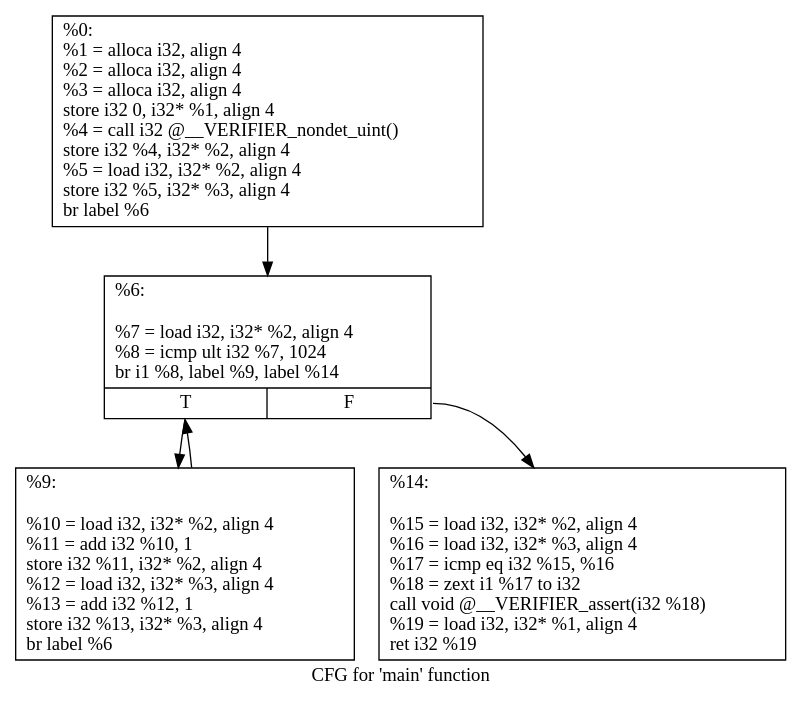
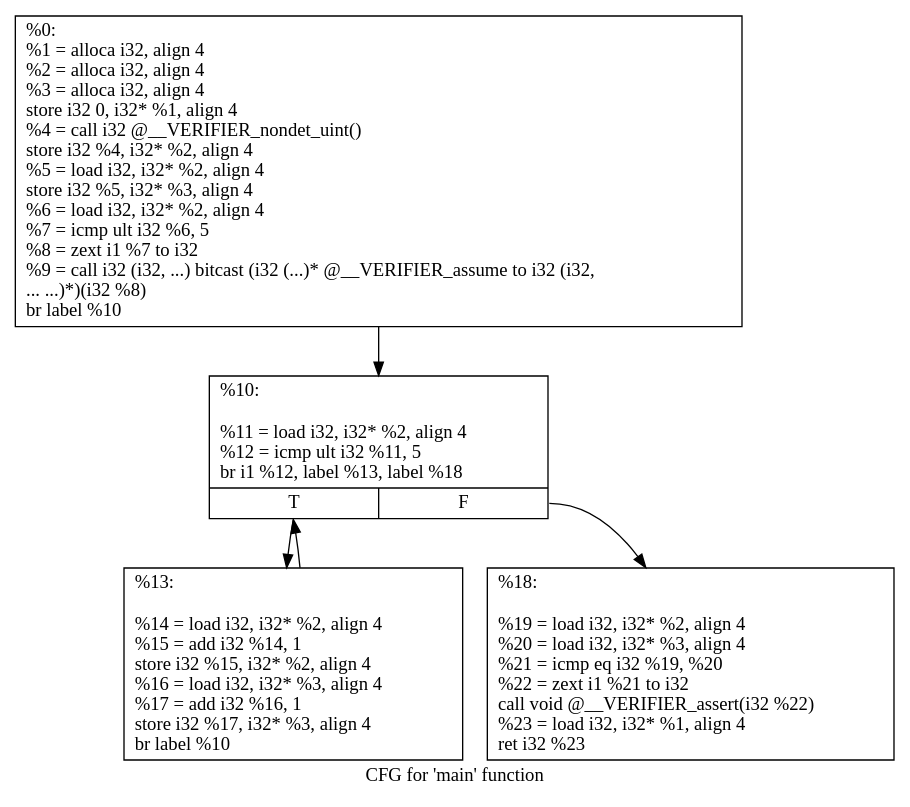
Before and after one commit to hbgit/Map2Check: the diagram in playllvm/cfg.main.dot, drawn with Graphviz. The commit also changed 30 other files, not shown here.

```diff
--- a/playllvm/cfg.main.dot
+++ b/playllvm/cfg.main.dot
@@ -1,12 +1,12 @@
 digraph "CFG for 'main' function" {
 	label="CFG for 'main' function";
 
-	Node0x55ac1fd72b40 [shape=record,label="{%0:\l  %1 = alloca i32, align 4\l  %2 = alloca i32, align 4\l  %3 = alloca i32, align 4\l  store i32 0, i32* %1, align 4\l  %4 = call i32 @__VERIFIER_nondet_uint()\l  store i32 %4, i32* %2, align 4\l  %5 = load i32, i32* %2, align 4\l  store i32 %5, i32* %3, align 4\l  br label %6\l}"];
-	Node0x55ac1fd72b40 -> Node0x55ac1fd73130;
-	Node0x55ac1fd73130 [shape=record,label="{%6:\l\l  %7 = load i32, i32* %2, align 4\l  %8 = icmp ult i32 %7, 1024\l  br i1 %8, label %9, label %14\l|{<s0>T|<s1>F}}"];
-	Node0x55ac1fd73130:s0 -> Node0x55ac1fd72f80;
-	Node0x55ac1fd73130:s1 -> Node0x55ac1fd73350;
-	Node0x55ac1fd72f80 [shape=record,label="{%9:\l\l  %10 = load i32, i32* %2, align 4\l  %11 = add i32 %10, 1\l  store i32 %11, i32* %2, align 4\l  %12 = load i32, i32* %3, align 4\l  %13 = add i32 %12, 1\l  store i32 %13, i32* %3, align 4\l  br label %6\l}"];
-	Node0x55ac1fd72f80 -> Node0x55ac1fd73130;
-	Node0x55ac1fd73350 [shape=record,label="{%14:\l\l  %15 = load i32, i32* %2, align 4\l  %16 = load i32, i32* %3, align 4\l  %17 = icmp eq i32 %15, %16\l  %18 = zext i1 %17 to i32\l  call void @__VERIFIER_assert(i32 %18)\l  %19 = load i32, i32* %1, align 4\l  ret i32 %19\l}"];
+	Node0x55ca7ac39c20 [shape=record,label="{%0:\l  %1 = alloca i32, align 4\l  %2 = alloca i32, align 4\l  %3 = alloca i32, align 4\l  store i32 0, i32* %1, align 4\l  %4 = call i32 @__VERIFIER_nondet_uint()\l  store i32 %4, i32* %2, align 4\l  %5 = load i32, i32* %2, align 4\l  store i32 %5, i32* %3, align 4\l  %6 = load i32, i32* %2, align 4\l  %7 = icmp ult i32 %6, 5\l  %8 = zext i1 %7 to i32\l  %9 = call i32 (i32, ...) bitcast (i32 (...)* @__VERIFIER_assume to i32 (i32,\l... ...)*)(i32 %8)\l  br label %10\l}"];
+	Node0x55ca7ac39c20 -> Node0x55ca7ac3a7c0;
+	Node0x55ca7ac3a7c0 [shape=record,label="{%10:\l\l  %11 = load i32, i32* %2, align 4\l  %12 = icmp ult i32 %11, 5\l  br i1 %12, label %13, label %18\l|{<s0>T|<s1>F}}"];
+	Node0x55ca7ac3a7c0:s0 -> Node0x55ca7ac3a990;
+	Node0x55ca7ac3a7c0:s1 -> Node0x55ca7ac3a9e0;
+	Node0x55ca7ac3a990 [shape=record,label="{%13:\l\l  %14 = load i32, i32* %2, align 4\l  %15 = add i32 %14, 1\l  store i32 %15, i32* %2, align 4\l  %16 = load i32, i32* %3, align 4\l  %17 = add i32 %16, 1\l  store i32 %17, i32* %3, align 4\l  br label %10\l}"];
+	Node0x55ca7ac3a990 -> Node0x55ca7ac3a7c0;
+	Node0x55ca7ac3a9e0 [shape=record,label="{%18:\l\l  %19 = load i32, i32* %2, align 4\l  %20 = load i32, i32* %3, align 4\l  %21 = icmp eq i32 %19, %20\l  %22 = zext i1 %21 to i32\l  call void @__VERIFIER_assert(i32 %22)\l  %23 = load i32, i32* %1, align 4\l  ret i32 %23\l}"];
 }
```
